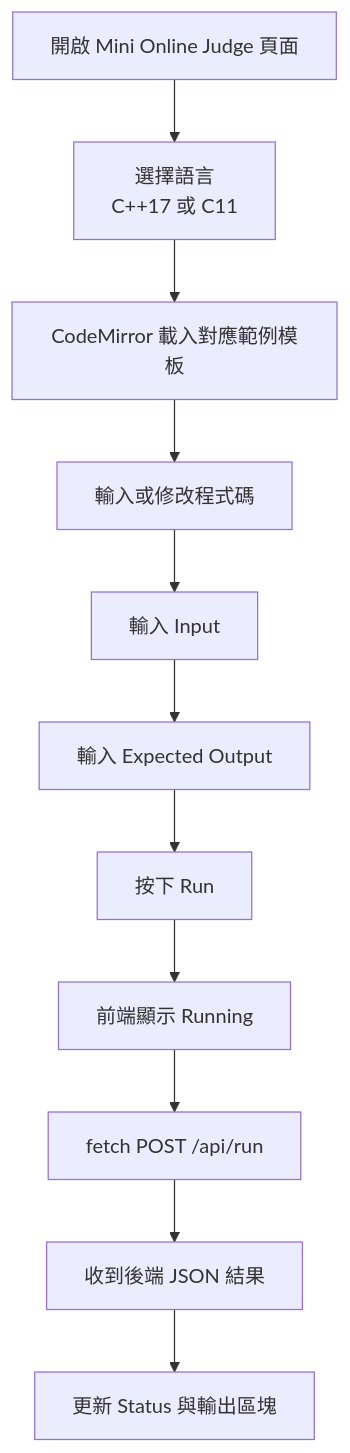
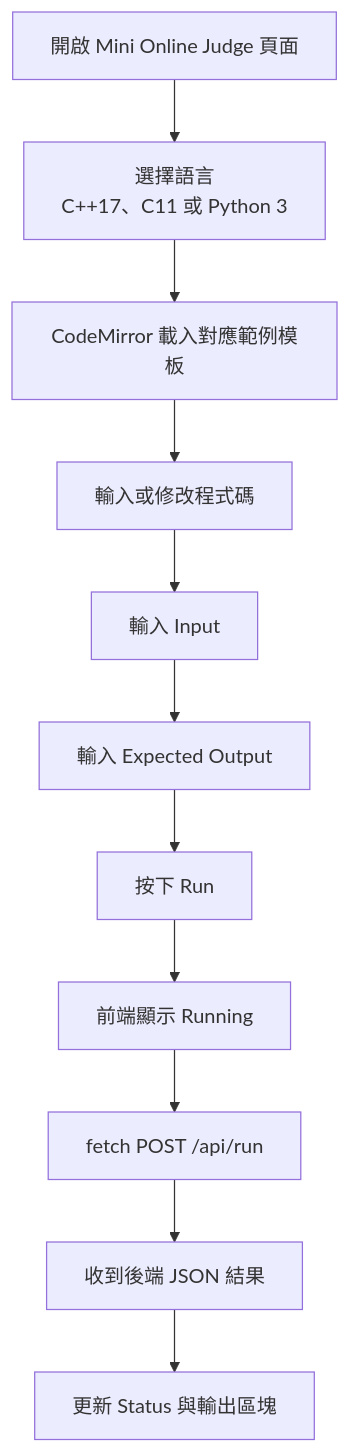
One commit to brianlin1213/proj-mini-oj changed the third of 6 diagrams in FLOW.md. Above: the diagram before and after it, drawn with Mermaid. The commit also changed other lines of this file and 3 other files, not shown here.

````diff
--- a/FLOW.md
+++ b/FLOW.md
@@ -138,13 +139,13 @@
 ```mermaid
 flowchart TD
-    A[開啟 Mini Online Judge 頁面] --> B[選擇語言<br/>C++17 或 C11]
+    A[開啟 Mini Online Judge 頁面] --> B[選擇語言<br/>C++17、C11 或 Python 3]
     B --> C[CodeMirror 載入對應範例模板]
     C --> D[輸入或修改程式碼]
     D --> E[輸入 Input]
     E --> F[輸入 Expected Output]
     F --> G[按下 Run]
     G --> H[前端顯示 Running]
     H --> I[fetch POST /api/run]
     I --> J[收到後端 JSON 結果]
     J --> K[更新 Status 與輸出區塊]
 ```
````
